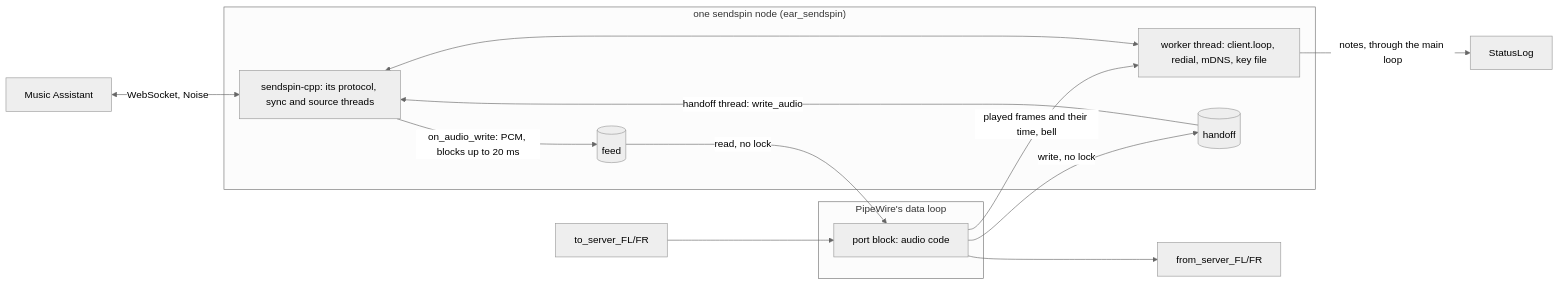
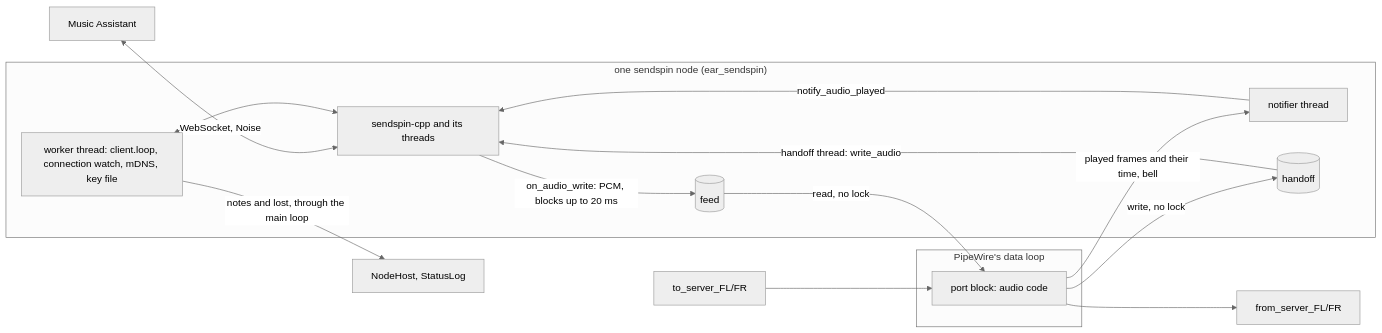
The diagram in docs/design/sendspin.md (mcurcio/ear), drawn with Mermaid (neutral theme) before and after one commit. The commit also changed other lines of this file, not shown here.

Commit message:
docs(design): sendspin node, after review

````diff
--- a/docs/design/sendspin.md
+++ b/docs/design/sendspin.md
@@ -50,18 +46,19 @@
 ```mermaid
 flowchart LR
   MA[Music Assistant] <-- "WebSocket, Noise" --> LIB
   subgraph node ["one sendspin node (ear_sendspin)"]
-    LIB[sendspin-cpp: its protocol, sync and source threads] -- "on_audio_write: PCM, blocks up to 20 ms" --> F[(feed)]
-    W[worker thread: client.loop, redial, mDNS, key file] <--> LIB
+    LIB[sendspin-cpp and its threads] -- "on_audio_write: PCM, blocks up to 20 ms" --> F[(feed)]
+    W[worker thread: client.loop, connection watch, mDNS, key file] <--> LIB
+    N[notifier thread] -- "notify_audio_played" --> LIB
     H[(handoff)] -- "handoff thread: write_audio" --> LIB
   end
   subgraph rt ["PipeWire's data loop"]
     C[port block: audio code]
   end
   F -- "read, no lock" --> C
-  C -- "played frames and their time, bell" --> W
+  C -- "played frames and their time, bell" --> N
   C -- "write, no lock" --> H
   C --> OUT[from_server_FL/FR]
   IN[to_server_FL/FR] --> C
-  W -- "notes, through the main loop" --> S[StatusLog]
+  W -- "notes and lost, through the main loop" --> S[NodeHost, StatusLog]
 ```
````
